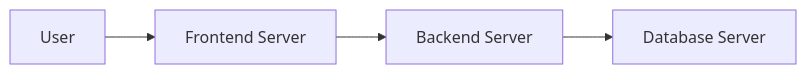
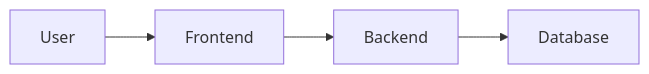
One commit to Ruiyi666/Algo-Arena changed the diagram in docs/REPORT2.md. Above: the diagram before and after it, drawn with Mermaid. The commit also changed other lines of this file and 2 other files, not shown here.

Commit message:
✏️ Fix typos & Upload

````diff
--- a/docs/REPORT2.md
+++ b/docs/REPORT2.md
@@ -21,6 +21,6 @@
 ```mermaid
 graph LR
-    A[User] --> B[Frontend Server]
-    B --> C[Backend Server]
-    C --> D[Database Server]
+    A[User] --> B[Frontend]
+    B --> C[Backend]
+    C --> D[Database]
 ```
````
